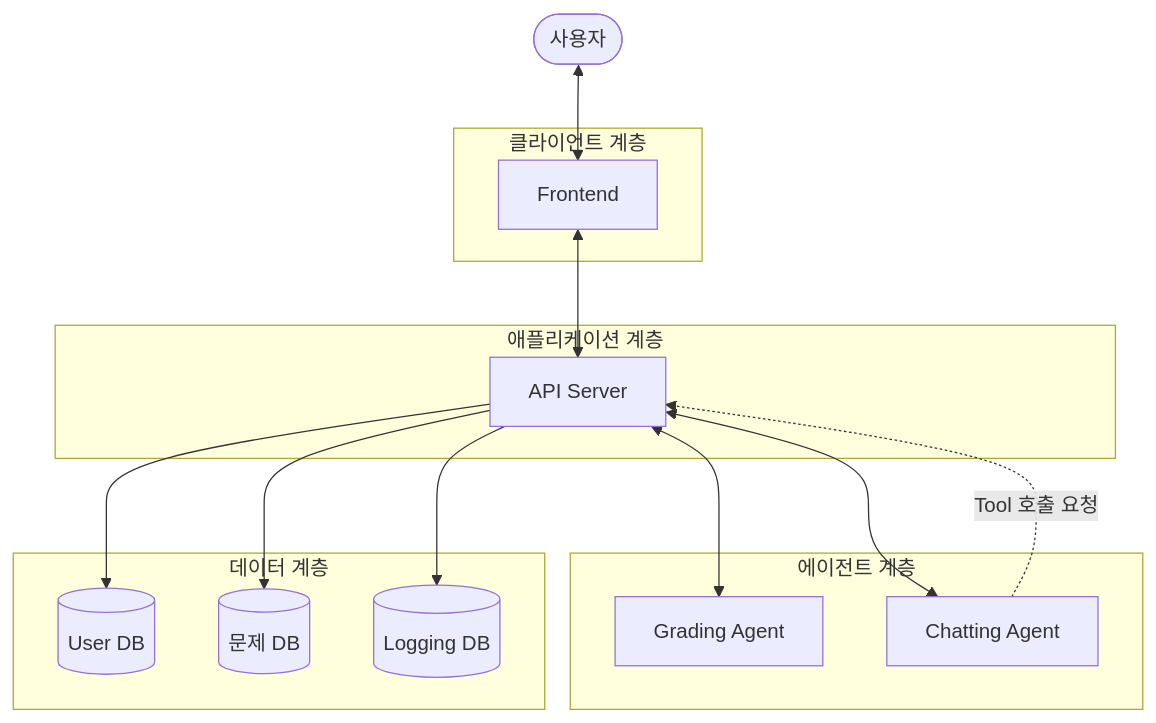
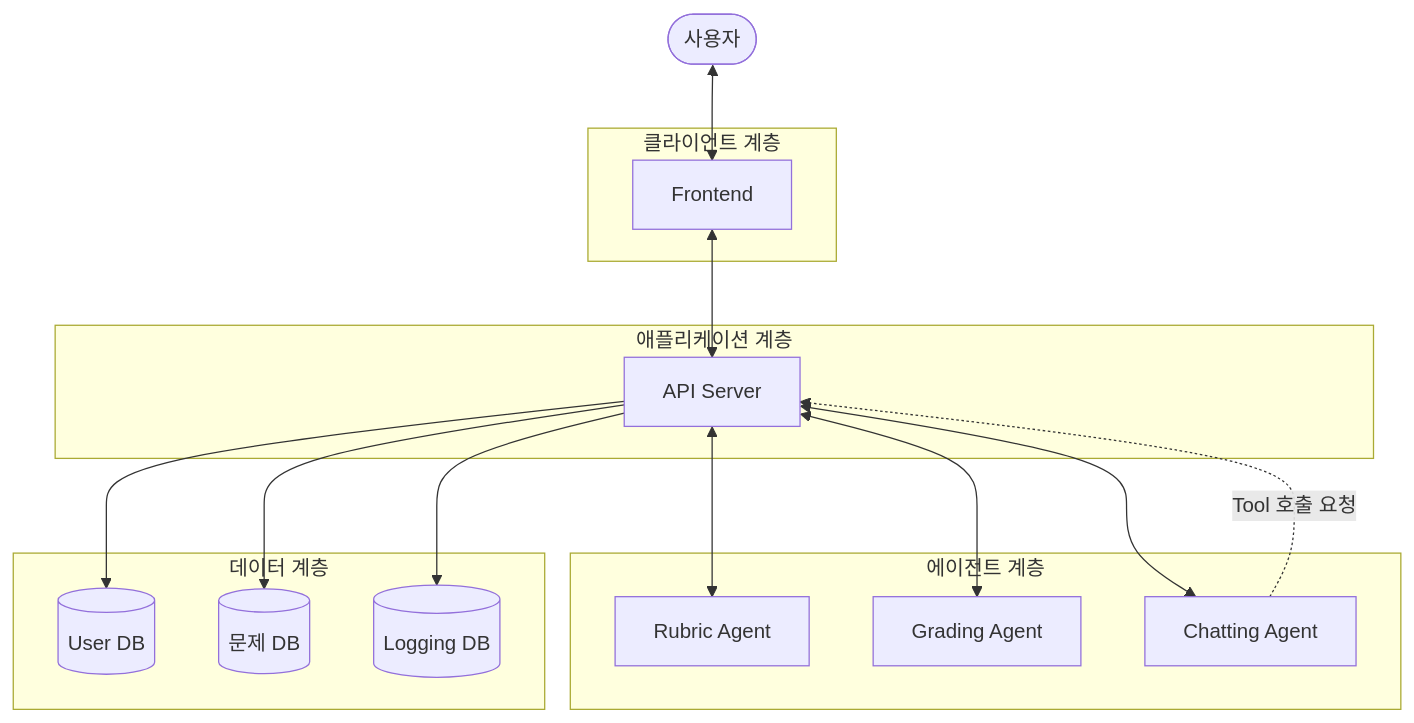
The first of 2 diagrams in 설계문서/컴포넌트 설계서.md (bookyoulove/paragraphy), drawn with Mermaid before and after one commit. The commit also changed other lines of this file and 3 other files, not shown here.

````diff
--- a/설계문서/컴포넌트 설계서.md
+++ b/설계문서/컴포넌트 설계서.md
@@ -28,32 +28,34 @@
 ```mermaid
 flowchart TB
     User([사용자])
 
     subgraph Client["클라이언트 계층"]
         FE[Frontend]
     end
 
     subgraph Server["애플리케이션 계층"]
         API[API Server]
     end
 
     subgraph Agent["에이전트 계층"]
+        RA[Rubric Agent]
         GA[Grading Agent]
         CA[Chatting Agent]
     end
 
     subgraph Data["데이터 계층"]
         UDB[(User DB)]
         PDB[(문제 DB)]
         LDB[(Logging DB)]
     end
 
     User <--> FE
     FE <--> API
     API --> UDB
     API --> PDB
     API --> LDB
+    API <--> RA
     API <--> GA
     API <--> CA
     CA -.Tool 호출 요청.-> API
 ```
````
